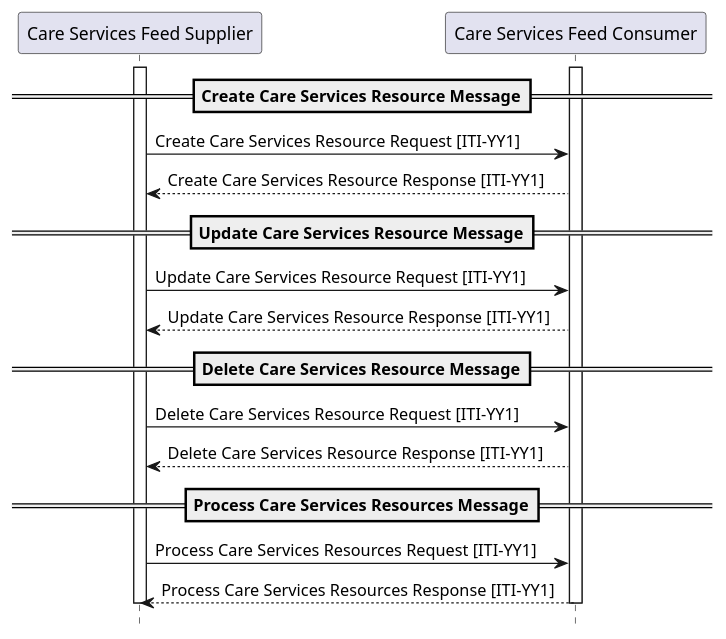
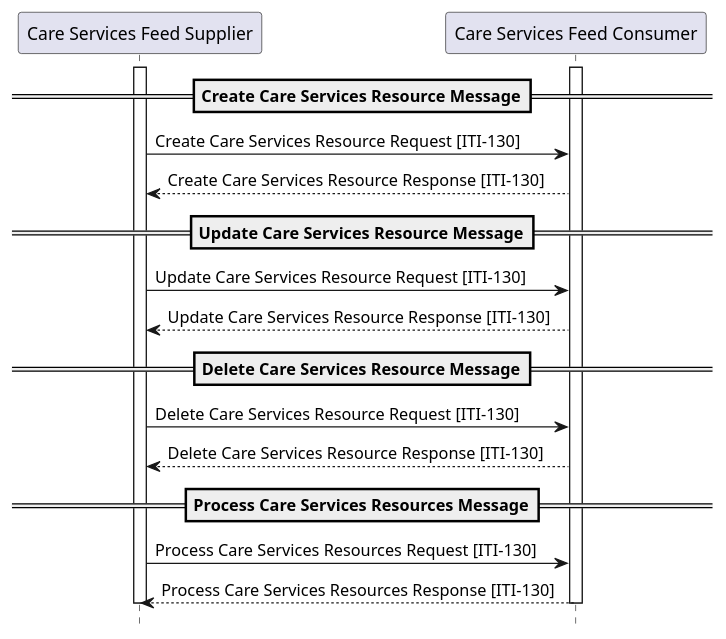
One commit to IHE/ITI.mCSD changed the diagram in input/images-source/ITI-130-seq.plantuml. Above: the diagram before and after it, drawn with PlantUML. The commit also changed 10 other files, not shown here.

```diff
--- a/input/images-source/ITI-130-seq.plantuml
+++ b/input/images-source/ITI-130-seq.plantuml
@@ -1,21 +1,21 @@
 @startuml
 hide footbox
 participant "Care Services Feed Supplier" as Client
 participant "Care Services Feed Consumer" as Server
 activate Client
 activate Server
 ==Create Care Services Resource Message==
-Client -> Server : Create Care Services Resource Request [ITI-YY1]
-Server --> Client : Create Care Services Resource Response [ITI-YY1]
+Client -> Server : Create Care Services Resource Request [ITI-130]
+Server --> Client : Create Care Services Resource Response [ITI-130]
 ==Update Care Services Resource Message==
-Client -> Server : Update Care Services Resource Request [ITI-YY1]
-Server --> Client : Update Care Services Resource Response [ITI-YY1]
+Client -> Server : Update Care Services Resource Request [ITI-130]
+Server --> Client : Update Care Services Resource Response [ITI-130]
 ==Delete Care Services Resource Message==
-Client -> Server : Delete Care Services Resource Request [ITI-YY1]
-Server --> Client : Delete Care Services Resource Response [ITI-YY1]
+Client -> Server : Delete Care Services Resource Request [ITI-130]
+Server --> Client : Delete Care Services Resource Response [ITI-130]
 ==Process Care Services Resources Message==
-Client -> Server : Process Care Services Resources Request [ITI-YY1]
-Server --> Client : Process Care Services Resources Response [ITI-YY1]
+Client -> Server : Process Care Services Resources Request [ITI-130]
+Server --> Client : Process Care Services Resources Response [ITI-130]
 deactivate Client
 deactivate Server
 @enduml
```
